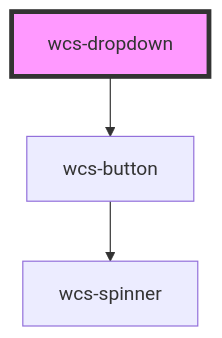
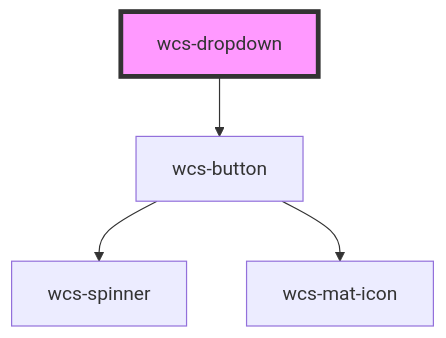
One commit to SNCFdevelopers/wcs changed the diagram in src/components/dropdown/readme.md. Above: the diagram before and after it, drawn with Mermaid. The commit also changed 21 other files, not shown here.

Commit message:
feat: add button icon left & right

````diff
--- a/src/components/dropdown/readme.md
+++ b/src/components/dropdown/readme.md
@@ -58,6 +58,7 @@
 ```mermaid
 graph TD;
   wcs-dropdown --> wcs-button
   wcs-button --> wcs-spinner
+  wcs-button --> wcs-mat-icon
   style wcs-dropdown fill:#f9f,stroke:#333,stroke-width:4px
 ```
````
